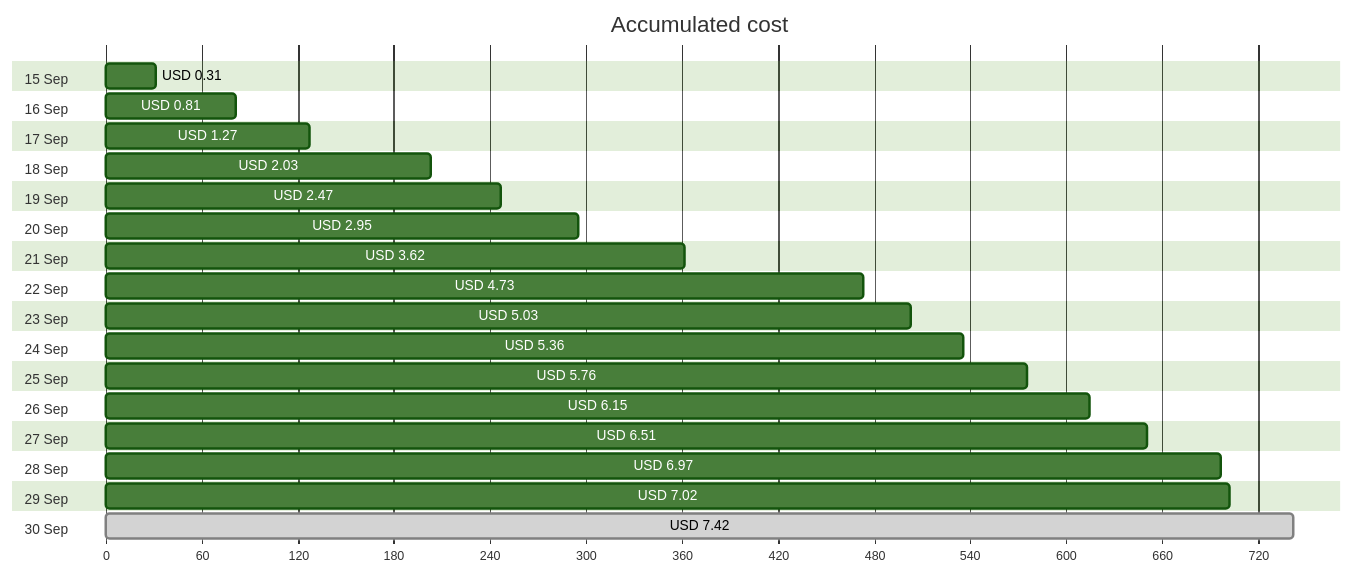
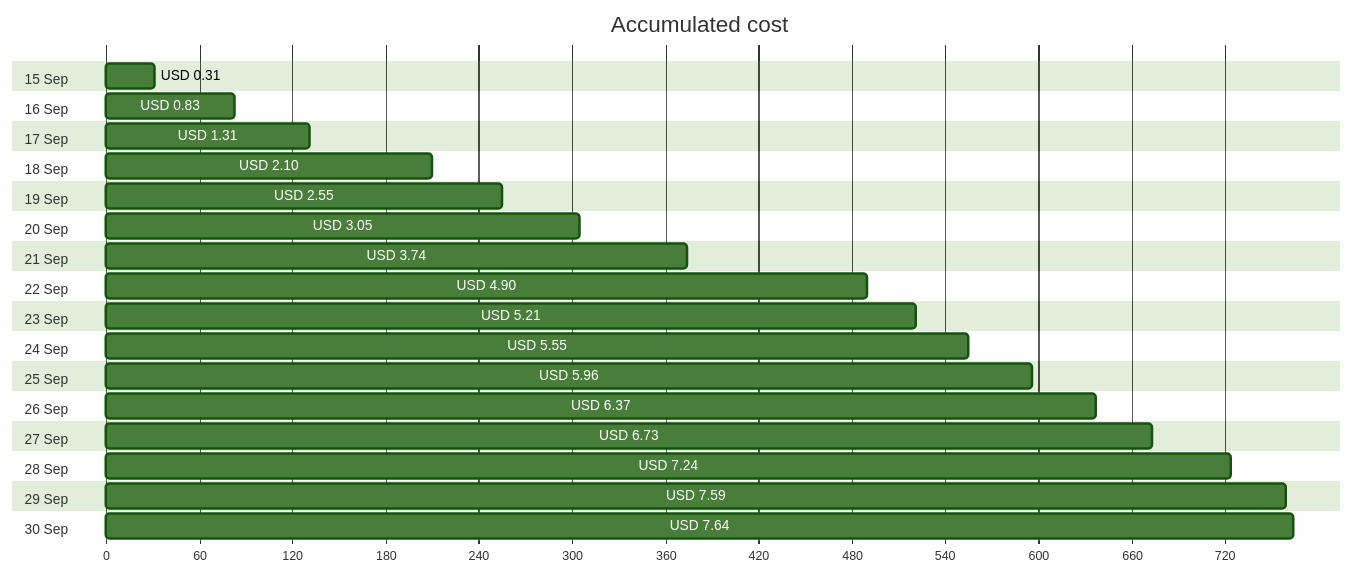
One commit to jpfulton/azure-personal-reports changed the first of 4 diagrams in cost-reports/personal-network/vpn-server.md. Above: the diagram before and after it, drawn with Mermaid (forest theme). The commit also changed other lines of this file and 9 other files, not shown here.

````diff
--- a/cost-reports/personal-network/vpn-server.md
+++ b/cost-reports/personal-network/vpn-server.md
@@ -20,38 +20,38 @@
 ```mermaid
 gantt
    title Accumulated cost
    dateFormat  X
    axisFormat %s
    section 15 Sep
    USD 0.31 :0, 31
    section 16 Sep
-   USD 0.81 :0, 81
+   USD 0.83 :0, 83
    section 17 Sep
-   USD 1.27 :0, 127
+   USD 1.31 :0, 131
    section 18 Sep
-   USD 2.03 :0, 203
+   USD 2.10 :0, 210
    section 19 Sep
-   USD 2.47 :0, 247
+   USD 2.55 :0, 255
    section 20 Sep
-   USD 2.95 :0, 295
+   USD 3.05 :0, 305
    section 21 Sep
-   USD 3.62 :0, 362
+   USD 3.74 :0, 374
    section 22 Sep
-   USD 4.73 :0, 473
+   USD 4.90 :0, 490
    section 23 Sep
-   USD 5.03 :0, 503
+   USD 5.21 :0, 521
    section 24 Sep
-   USD 5.36 :0, 536
+   USD 5.55 :0, 555
    section 25 Sep
-   USD 5.76 :0, 576
+   USD 5.96 :0, 596
    section 26 Sep
-   USD 6.15 :0, 615
+   USD 6.37 :0, 637
    section 27 Sep
-   USD 6.51 :0, 651
+   USD 6.73 :0, 673
    section 28 Sep
-   USD 6.97 :0, 697
+   USD 7.24 :0, 724
    section 29 Sep
-   USD 7.02 :0, 702
+   USD 7.59 :0, 759
    section 30 Sep
-   USD 7.42 : done, 0, 742
+   USD 7.64 :0, 764
 ```
````
